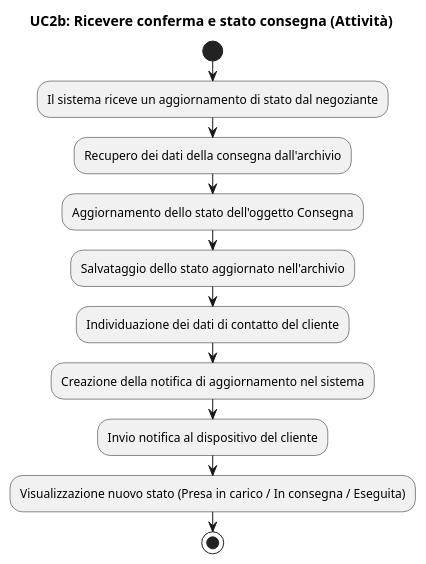
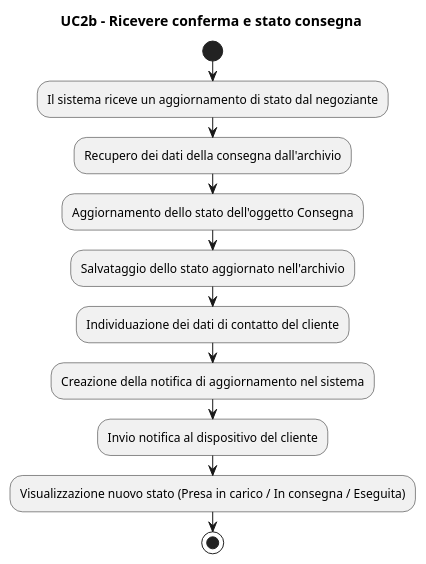
Before and after one commit to Samepsilon/FloWare: the diagram in diagrammiUML/diagrammi di attività/UC2b_Ricevere_Conferma_Richiesta_e_Stato_Consegna.puml, drawn with PlantUML. The commit also changed 34 other files, not shown here.

```diff
--- a/diagrammiUML/diagrammi di attività/UC2b_Ricevere_Conferma_Richiesta_e_Stato_Consegna.puml
+++ b/diagrammiUML/diagrammi di attività/UC2b_Ricevere_Conferma_Richiesta_e_Stato_Consegna.puml
@@ -1,21 +1,21 @@
 @startuml
 
-title UC2b: Ricevere conferma e stato consegna (Attività)
+title UC2b - Ricevere conferma e stato consegna 
 
 start
 
 :Il sistema riceve un aggiornamento di stato dal negoziante;
 
 
 :Recupero dei dati della consegna dall'archivio;
 :Aggiornamento dello stato dell'oggetto Consegna;
 :Salvataggio dello stato aggiornato nell'archivio;
 
 :Individuazione dei dati di contatto del cliente;
 :Creazione della notifica di aggiornamento nel sistema;
 
 :Invio notifica al dispositivo del cliente;
 :Visualizzazione nuovo stato (Presa in carico / In consegna / Eseguita);
 
 stop
 @enduml
```
